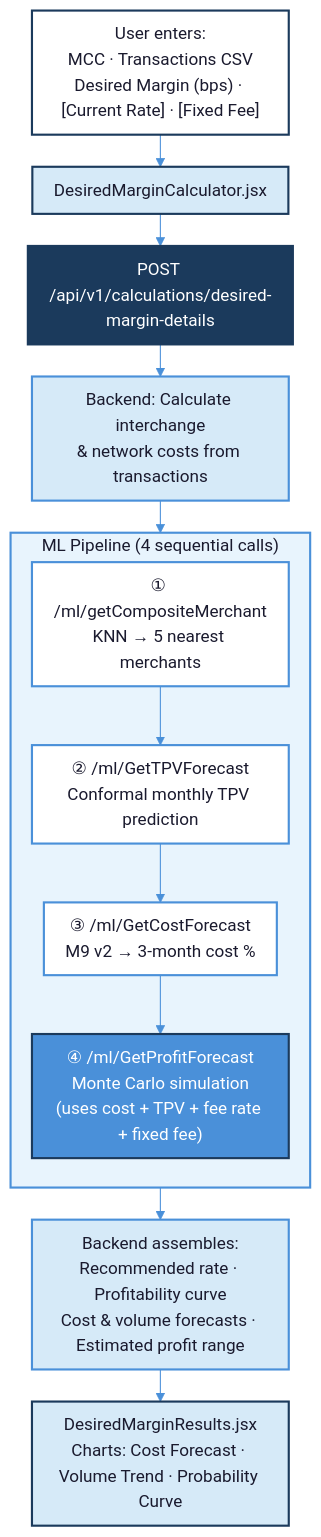
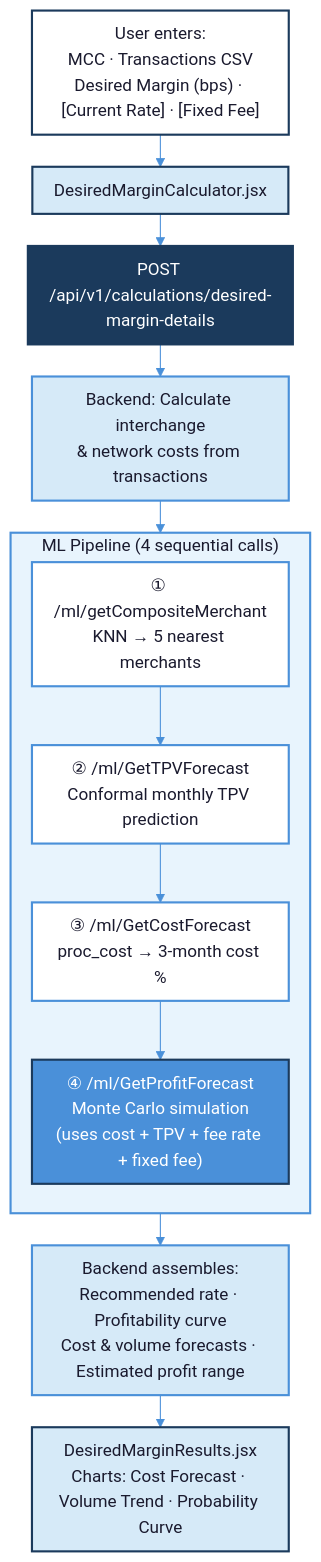
One commit to Yattmeo/404_found_us changed the eighth of 15 diagrams in ARCHITECTURE.md. Above: the diagram before and after it, drawn with Mermaid. The commit also changed other lines of this file and 249 other files, not shown here.

````diff
--- a/ARCHITECTURE.md
+++ b/ARCHITECTURE.md
@@ -334,34 +334,34 @@
 ```mermaid
 %%{init: {'theme': 'base', 'themeVariables': { 'primaryColor': '#D6EAF8', 'primaryTextColor': '#1a1a2e', 'primaryBorderColor': '#4A90D9', 'lineColor': '#4A90D9', 'fontFamily': 'Segoe UI, sans-serif' }, 'flowchart': { 'nodeSpacing': 20, 'rankSpacing': 30, 'padding': 10 }}}%%
 flowchart TB
     U["User enters:<br/>MCC · Transactions CSV<br/>Desired Margin (bps) · [Current Rate] · [Fixed Fee]"]
     FE["DesiredMarginCalculator.jsx"]
     EP["POST /api/v1/calculations/desired-margin-details"]
     COST["Backend: Calculate interchange<br/>& network costs from transactions"]
 
     subgraph ML["ML Pipeline (4 sequential calls)"]
         direction TB
         KNN["① /ml/getCompositeMerchant<br/>KNN → 5 nearest merchants"]
         TPV["② /ml/GetTPVForecast<br/>Conformal monthly TPV prediction"]
-        M9["③ /ml/GetCostForecast<br/>M9 v2 → 3-month cost %"]
+        PC["③ /ml/GetCostForecast<br/>proc_cost → 3-month cost %"]
         MC["④ /ml/GetProfitForecast<br/>Monte Carlo simulation<br/>(uses cost + TPV + fee rate + fixed fee)"]
-        KNN --> TPV --> M9 --> MC
+        KNN --> TPV --> PC --> MC
     end
 
     ASSEMBLE["Backend assembles:<br/>Recommended rate · Profitability curve<br/>Cost & volume forecasts · Estimated profit range"]
     RES["DesiredMarginResults.jsx<br/>Charts: Cost Forecast · Volume Trend · Probability Curve"]
 
     U --> FE --> EP --> COST --> ML --> ASSEMBLE --> RES
 
     style U fill:#ffffff,stroke:#1B3A5C,stroke-width:2px,color:#1a1a2e
     style FE fill:#D6EAF8,stroke:#1B3A5C,stroke-width:2px,color:#1a1a2e
     style EP fill:#1B3A5C,stroke:#1B3A5C,stroke-width:2px,color:#ffffff
     style COST fill:#D6EAF8,stroke:#4A90D9,stroke-width:2px,color:#1a1a2e
     style ML fill:#E8F4FD,stroke:#4A90D9,stroke-width:2px,color:#1a1a2e
     style KNN fill:#ffffff,stroke:#4A90D9,stroke-width:2px,color:#1a1a2e
     style TPV fill:#ffffff,stroke:#4A90D9,stroke-width:2px,color:#1a1a2e
-    style M9 fill:#ffffff,stroke:#4A90D9,stroke-width:2px,color:#1a1a2e
+    style PC fill:#ffffff,stroke:#4A90D9,stroke-width:2px,color:#1a1a2e
     style MC fill:#4A90D9,stroke:#1B3A5C,stroke-width:2px,color:#ffffff
     style ASSEMBLE fill:#D6EAF8,stroke:#4A90D9,stroke-width:2px,color:#1a1a2e
     style RES fill:#D6EAF8,stroke:#1B3A5C,stroke-width:2px,color:#1a1a2e
 ```
````
